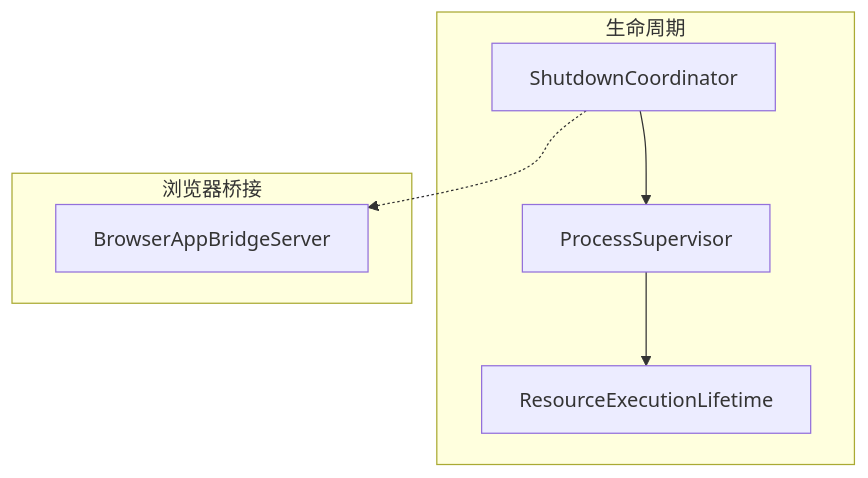
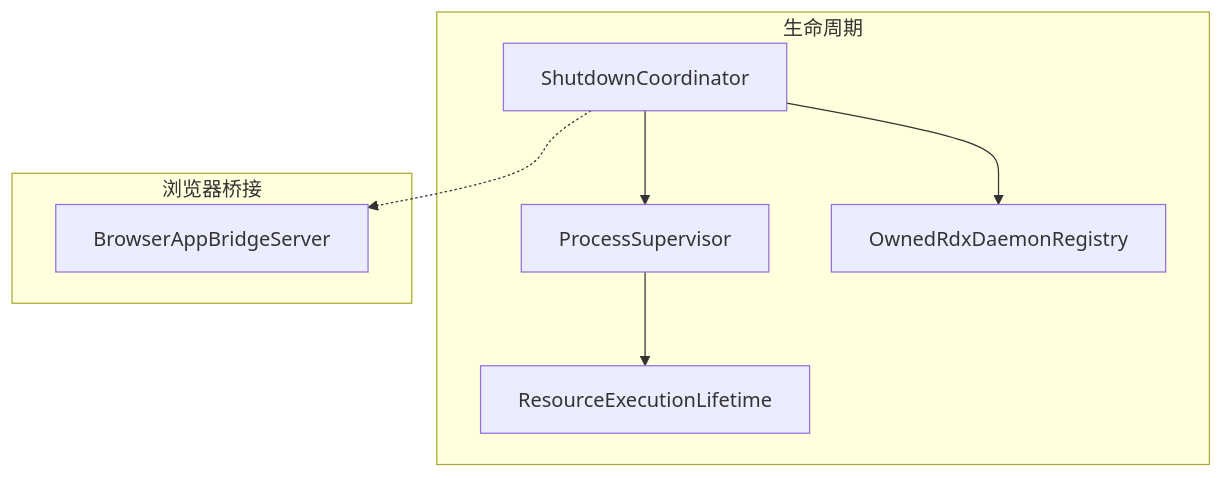
Before and after one commit to haolange/RDC-Agent: the first of 8 diagrams in .qoder/repowiki/zh/content/架构设计/主进程架构/生命周期管理.md, drawn with Mermaid. The commit also changed other lines of this file and 28 other files, not shown here.

````diff
--- a/.qoder/repowiki/zh/content/架构设计/主进程架构/生命周期管理.md
+++ b/.qoder/repowiki/zh/content/架构设计/主进程架构/生命周期管理.md
@@ -39,14 +48,16 @@
 ```mermaid
 graph TB
 subgraph "生命周期"
 SC["ShutdownCoordinator"]
 PS["ProcessSupervisor"]
 REL["ResourceExecutionLifetime"]
+ORD["OwnedRdxDaemonRegistry"]
 end
 subgraph "浏览器桥接"
 BBS["BrowserAppBridgeServer"]
 end
 SC --> PS
+SC --> ORD
 PS --> REL
 SC -.-> BBS
 ```
````
